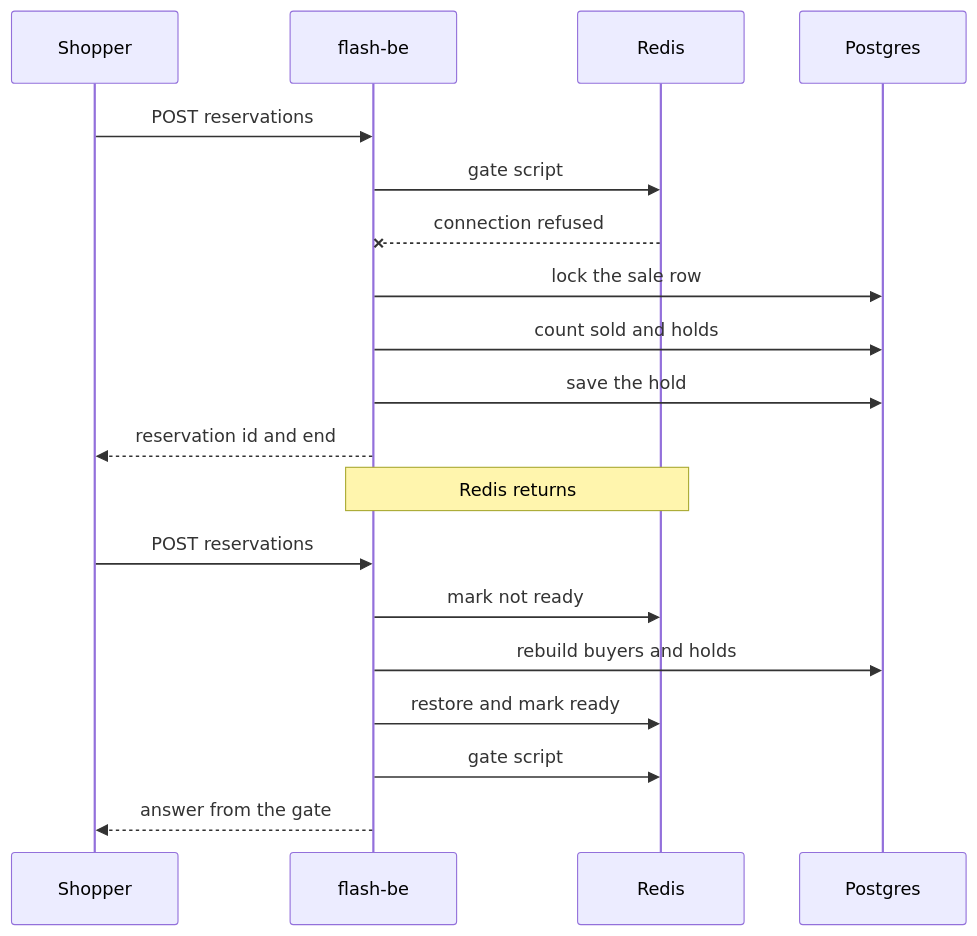
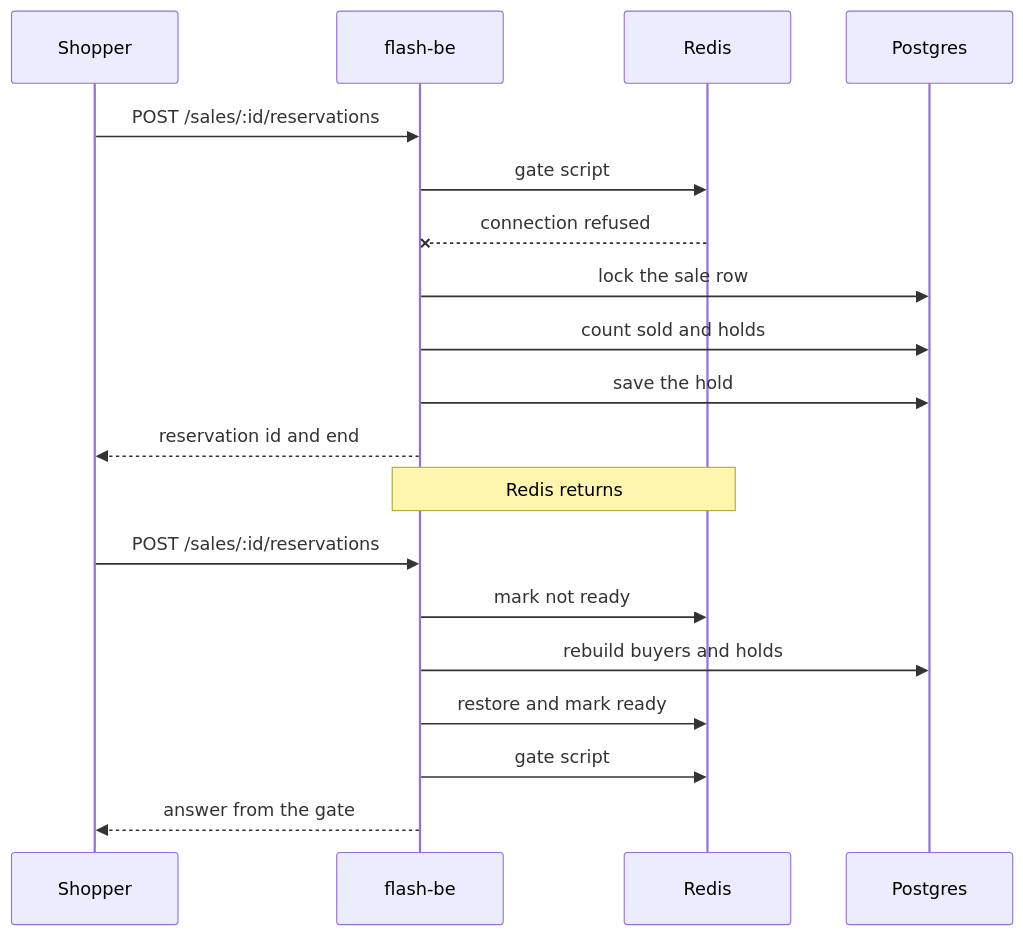
The third of 3 diagrams in specs/apps/flash/c4/sequences.md (wahidyankf/coding-itv-js-flashsale), drawn with Mermaid before and after one commit. The commit also changed other lines of this file, not shown here.

First line of the commit message:
docs: show the method and path of each shopper request in the sequences

````diff
--- a/specs/apps/flash/c4/sequences.md
+++ b/specs/apps/flash/c4/sequences.md
@@ -63,23 +64,23 @@
 ```mermaid
 sequenceDiagram
   accTitle: Redis goes away
   accDescr: When Redis fails, the API admits the shopper without a line. A reservation is decided in Postgres under the sale row lock, which counts sold items and live holds. When Redis returns, the next reservation marks the gate not ready, one instance rebuilds it from Postgres, and the gate is used again.
   participant S as Shopper
   participant A as flash-be
   participant R as Redis
   participant P as Postgres
-  S->>A: POST reservations
+  S->>A: POST /sales/:id/reservations
   A->>R: gate script
   R--xA: connection refused
   A->>P: lock the sale row
   A->>P: count sold and holds
   A->>P: save the hold
   A-->>S: reservation id and end
   Note over A,R: Redis returns
-  S->>A: POST reservations
+  S->>A: POST /sales/:id/reservations
   A->>R: mark not ready
   A->>P: rebuild buyers and holds
   A->>R: restore and mark ready
   A->>R: gate script
   A-->>S: answer from the gate
 ```
````
